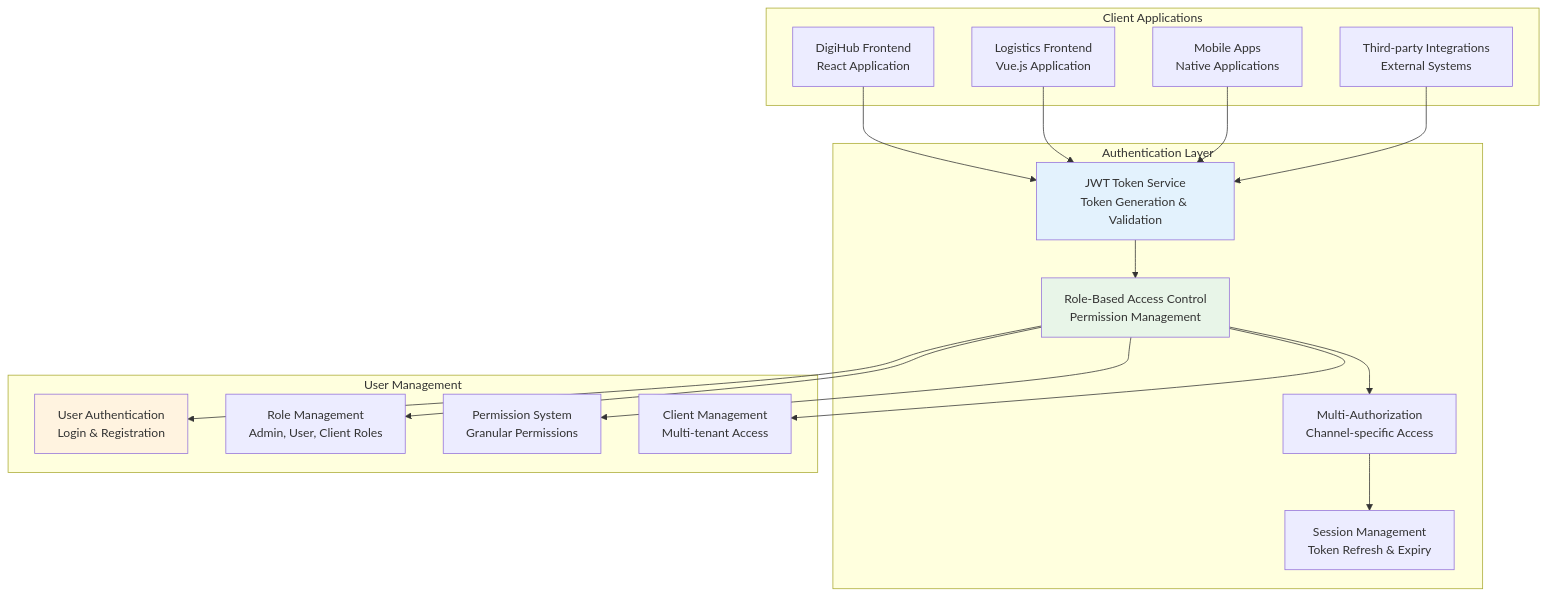
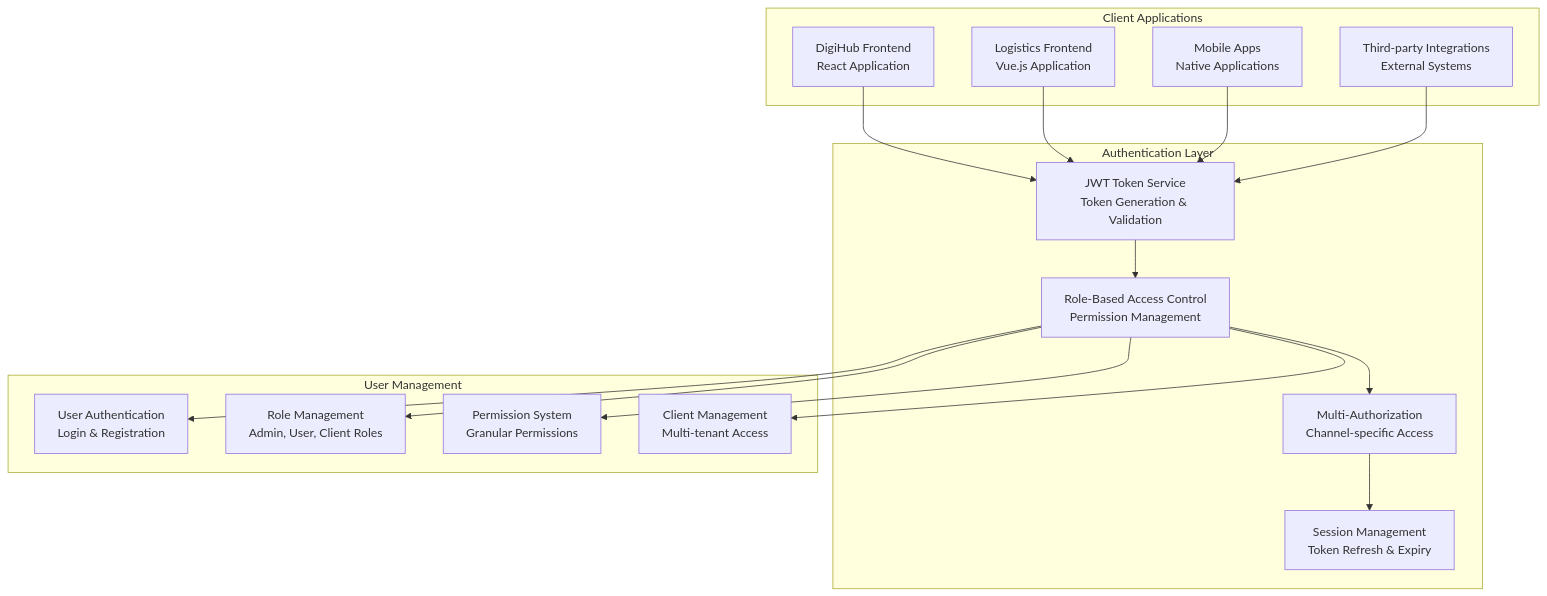
Before and after one commit to sandeepkumar0801/Digihub: diagram 20 of 44 in README.md, drawn with Mermaid. The commit also changed other lines of this file, not shown here.

Commit message:
update diagram index

````diff
--- a/README.md
+++ b/README.md
@@ -3473,41 +3331,41 @@
 ```mermaid
 graph TD
     subgraph "Client Applications"
         A1[DigiHub Frontend<br/>React Application]
         A2[Logistics Frontend<br/>Vue.js Application]
         A3[Mobile Apps<br/>Native Applications]
         A4[Third-party Integrations<br/>External Systems]
     end
 
     subgraph "Authentication Layer"
         B1[JWT Token Service<br/>Token Generation & Validation]
         B2[Role-Based Access Control<br/>Permission Management]
         B3[Multi-Authorization<br/>Channel-specific Access]
         B4[Session Management<br/>Token Refresh & Expiry]
     end
 
     subgraph "User Management"
         C1[User Authentication<br/>Login & Registration]
         C2[Role Management<br/>Admin, User, Client Roles]
         C3[Permission System<br/>Granular Permissions]
         C4[Client Management<br/>Multi-tenant Access]
     end
 
     A1 --> B1
     A2 --> B1
     A3 --> B1
     A4 --> B1
 
     B1 --> B2
     B2 --> B3
     B3 --> B4
 
     B2 --> C1
     B2 --> C2
     B2 --> C3
     B2 --> C4
 
-    style B1 fill:#e3f2fd
-    style B2 fill:#e8f5e8
-    style C1 fill:#fff3e0
+
+
+
 ```
````
